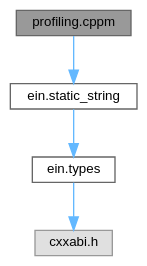
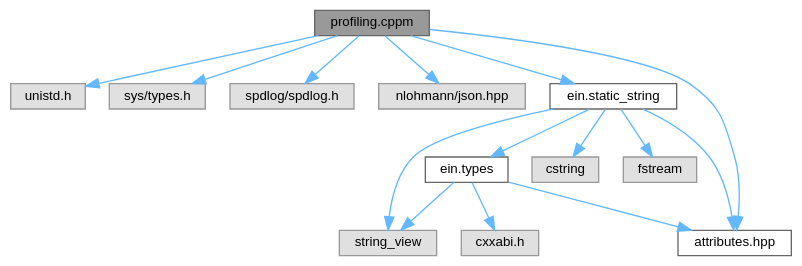
The diagram in profiling_8cppm__incl.dot (ekmett/ein), drawn with Graphviz before and after one commit. The commit also changed 38 other files, not shown here.

```diff
--- a/profiling_8cppm__incl.dot
+++ b/profiling_8cppm__incl.dot
@@ -1,15 +1,34 @@
 digraph "profiling.cppm"
 {
  // INTERACTIVE_SVG=YES
  // LATEX_PDF_SIZE
   bgcolor="transparent";
   edge [fontname=Helvetica,fontsize=10,labelfontname=Helvetica,labelfontsize=10];
   node [fontname=Helvetica,fontsize=10,shape=box,height=0.2,width=0.4];
   Node1 [id="Node000001",label="profiling.cppm",height=0.2,width=0.4,color="gray40", fillcolor="grey60", style="filled", fontcolor="black",tooltip=" "];
   Node1 -> Node2 [id="edge1_Node000001_Node000002",color="steelblue1",style="solid",tooltip=" "];
-  Node2 [id="Node000002",label="ein.static_string",height=0.2,width=0.4,color="grey40", fillcolor="white", style="filled",URL="$static__string_8cppm.html",tooltip=" "];
-  Node2 -> Node3 [id="edge2_Node000002_Node000003",color="steelblue1",style="solid",tooltip=" "];
-  Node3 [id="Node000003",label="ein.types",height=0.2,width=0.4,color="grey40", fillcolor="white", style="filled",URL="$types_8cppm.html",tooltip=" "];
-  Node3 -> Node4 [id="edge3_Node000003_Node000004",color="steelblue1",style="solid",tooltip=" "];
-  Node4 [id="Node000004",label="cxxabi.h",height=0.2,width=0.4,color="grey60", fillcolor="#E0E0E0", style="filled",tooltip=" "];
+  Node2 [id="Node000002",label="unistd.h",height=0.2,width=0.4,color="grey60", fillcolor="#E0E0E0", style="filled",tooltip=" "];
+  Node1 -> Node3 [id="edge2_Node000001_Node000003",color="steelblue1",style="solid",tooltip=" "];
+  Node3 [id="Node000003",label="sys/types.h",height=0.2,width=0.4,color="grey60", fillcolor="#E0E0E0", style="filled",tooltip=" "];
+  Node1 -> Node4 [id="edge3_Node000001_Node000004",color="steelblue1",style="solid",tooltip=" "];
+  Node4 [id="Node000004",label="spdlog/spdlog.h",height=0.2,width=0.4,color="grey60", fillcolor="#E0E0E0", style="filled",tooltip=" "];
+  Node1 -> Node5 [id="edge4_Node000001_Node000005",color="steelblue1",style="solid",tooltip=" "];
+  Node5 [id="Node000005",label="nlohmann/json.hpp",height=0.2,width=0.4,color="grey60", fillcolor="#E0E0E0", style="filled",tooltip=" "];
+  Node1 -> Node6 [id="edge5_Node000001_Node000006",color="steelblue1",style="solid",tooltip=" "];
+  Node6 [id="Node000006",label="attributes.hpp",height=0.2,width=0.4,color="grey40", fillcolor="white", style="filled",URL="$attributes_8hpp.html",tooltip="an opinionated subset of clang/gcc attributes"];
+  Node1 -> Node7 [id="edge6_Node000001_Node000007",color="steelblue1",style="solid",tooltip=" "];
+  Node7 [id="Node000007",label="ein.static_string",height=0.2,width=0.4,color="grey40", fillcolor="white", style="filled",URL="$static__string_8cppm.html",tooltip=" "];
+  Node7 -> Node8 [id="edge7_Node000007_Node000008",color="steelblue1",style="solid",tooltip=" "];
+  Node8 [id="Node000008",label="string_view",height=0.2,width=0.4,color="grey60", fillcolor="#E0E0E0", style="filled",tooltip=" "];
+  Node7 -> Node9 [id="edge8_Node000007_Node000009",color="steelblue1",style="solid",tooltip=" "];
+  Node9 [id="Node000009",label="cstring",height=0.2,width=0.4,color="grey60", fillcolor="#E0E0E0", style="filled",tooltip=" "];
+  Node7 -> Node10 [id="edge9_Node000007_Node000010",color="steelblue1",style="solid",tooltip=" "];
+  Node10 [id="Node000010",label="fstream",height=0.2,width=0.4,color="grey60", fillcolor="#E0E0E0", style="filled",tooltip=" "];
+  Node7 -> Node6 [id="edge10_Node000007_Node000006",color="steelblue1",style="solid",tooltip=" "];
+  Node7 -> Node11 [id="edge11_Node000007_Node000011",color="steelblue1",style="solid",tooltip=" "];
+  Node11 [id="Node000011",label="ein.types",height=0.2,width=0.4,color="grey40", fillcolor="white", style="filled",URL="$types_8cppm.html",tooltip=" "];
+  Node11 -> Node8 [id="edge12_Node000011_Node000008",color="steelblue1",style="solid",tooltip=" "];
+  Node11 -> Node6 [id="edge13_Node000011_Node000006",color="steelblue1",style="solid",tooltip=" "];
+  Node11 -> Node12 [id="edge14_Node000011_Node000012",color="steelblue1",style="solid",tooltip=" "];
+  Node12 [id="Node000012",label="cxxabi.h",height=0.2,width=0.4,color="grey60", fillcolor="#E0E0E0", style="filled",tooltip=" "];
 }
```
